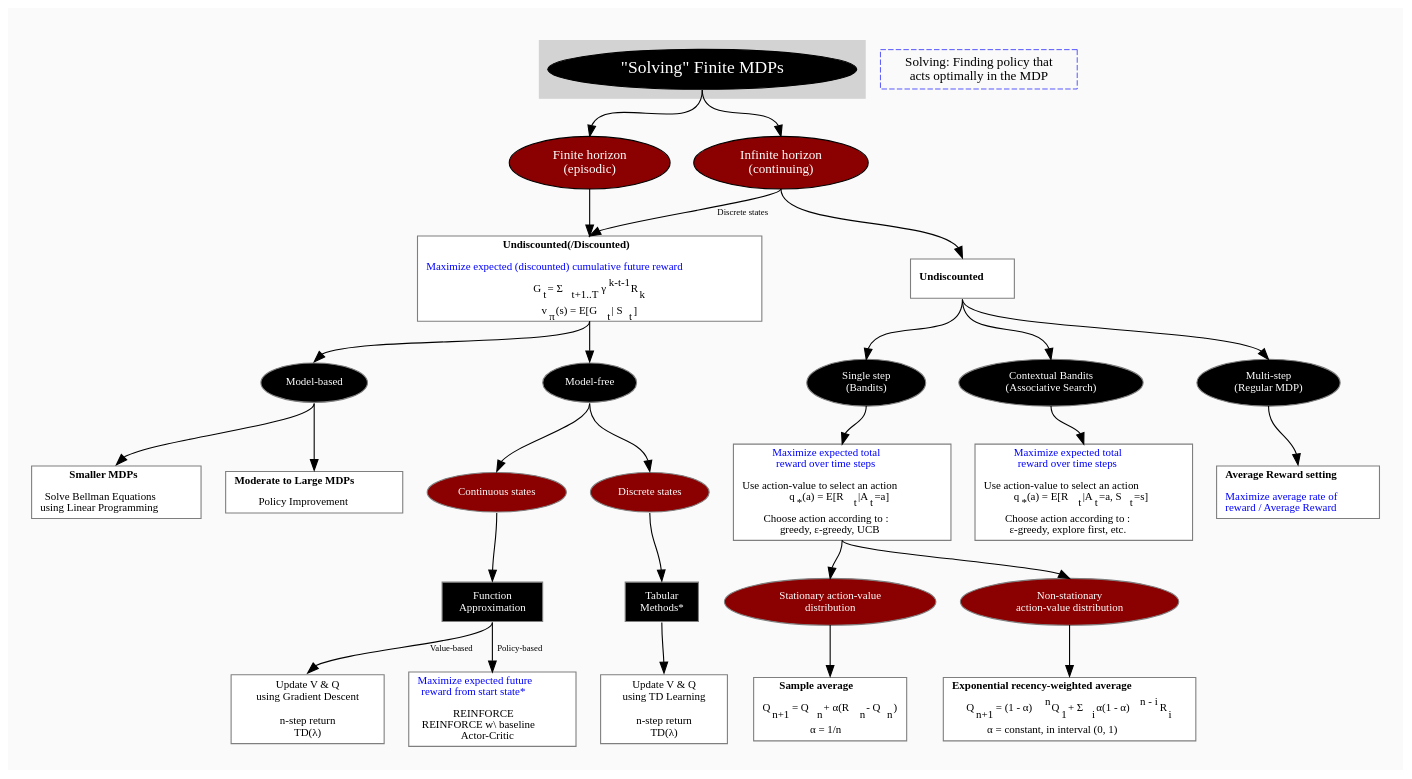
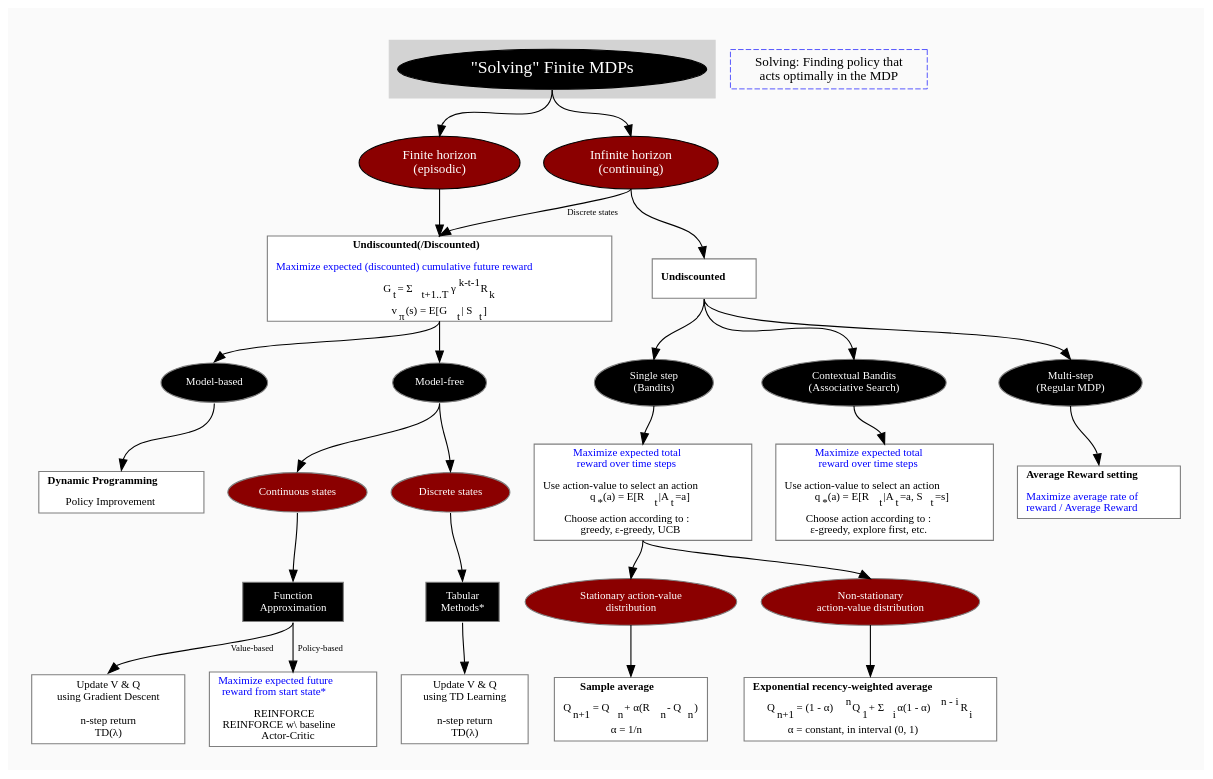
One commit to amy12xx/ml_notes_and_reports changed the diagram in solving_mdps_with_model_free_rl/solving_mdps_with_model_free_rl.dot. Above: the diagram before and after it, drawn with Graphviz. The commit also changed 1 other file, not shown here.

```diff
--- a/solving_mdps_with_model_free_rl/solving_mdps_with_model_free_rl.dot
+++ b/solving_mdps_with_model_free_rl/solving_mdps_with_model_free_rl.dot
@@ -1,193 +1,188 @@
 digraph G {
 splines=true
 bgcolor=grey98
 pad=0.3
 style=filled
 edge[minlen=2]
 edge[headport=n, tailport=s, label=""]
 node[style=filled, fontcolor=white]
 ranksep=0.1
 nodesep=0.3
 
 
 // LEVEL 1
 subgraph cluster_0 {
 style=filled
 color=lightgrey
 fontsize=12
 node[fillcolor=black, fontcolor=white, fontsize=16]
 a1[label="\"Solving\" Finite MDPs"]
 //label = "Solving \: finding policy that acts optimally\n in the MDP";
 //labelloc = "b";
 }
 
 
 // LEVEL 2
 node[fillcolor=red4, fontsize=12]
 b1[label="Finite horizon \n(episodic)"]
 node[fillcolor=red4, fontsize=12]
 b2[label="Infinite horizon \n(continuing)"]
 a1-> b1
 a1-> b2
 
 
 // LEVEL 3
 node[fontcolor=black, fontsize=10]
 node[shape=box, fillcolor=white, color=grey50]
 c1[label=<<b>Undiscounted(/Discounted)</b> <br/><br/>
 <font color="blue">Maximize expected (discounted) cumulative future reward</font>
 <br/><br/>
 G<sub>t</sub> = &Sigma;<sub>t+1..T</sub>&gamma;<sup>k-t-1</sup>R<sub>k</sub>
 <br/><br/>
 v<sub>&pi;</sub>(s) = E[G<sub>t</sub> | S<sub>t</sub>]
 >]
 node[shape=box, fillcolor=white, color=grey50]
 c3[label=<<b>Undiscounted</b>>]
 edge[headport=n, tailport=s, label="", style=filled]
 b1-> c1
 edge[label="Discrete states", fontsize=8]
 b2-> c1
 edge[label="", fontsize=8]
 b2-> c3
 
 
 node[fillcolor=black, fontsize=10, shape=ellipse, fontcolor=white]
 k1[label="Model-based"]
 node[fillcolor=black, fontsize=10, shape=ellipse, fontcolor=white]
 k2[label="Model-free"]
 c1-> k1
 c1-> k2
 
 // LEVEL 4
 node[style="filled", shape=ellipse, fillcolor=red4, fontcolor=white, fontsize=10]
 d2[label="Continuous states"]
 node[style="filled", shape=ellipse, fillcolor=red4, fontcolor=white, fontsize=10]
 d1[label="Discrete states"]
 k2-> d1
 k2-> d2
 
 node[fontcolor=black, fontsize=10]
 node[shape=box, fillcolor=white, color=grey50]
-l1[label=<<b>Smaller MDPs</b> <br/><br/>
-Solve Bellman Equations <br/>using Linear Programming
->]
-node[shape=box, fillcolor=white, color=grey50]
-l2[label=<<b>Moderate to Large MDPs</b> <br/><br/>
+l1[label=<<b>Dynamic Programming</b> <br/><br/>
 Policy Improvement
 >]
 k1-> l1
-k1-> l2
 
 // LEVEL 5
 node[fillcolor=black, fontcolor=white, fontsize=10]
 e1[label="Tabular \nMethods\*"]
 d1-> e1
 
 node[fillcolor=black, fontcolor=white, fontsize=10]
 e2[label="Function \nApproximation"]
 d2-> e2
 
 
 // LEVEL 6
 node[fillcolor=white, fontcolor=black, shape=box, fontsize=10]
 f1[label="Update V & Q \nusing TD Learning \n \nn\-step return \nTD\(&lambda;\)"]
 e1-> f1
 
 node[fillcolor=white, fontcolor=black, shape=box, fontsize=10]
 f2[label="Update V & Q \nusing Gradient Descent \n \nn\-step return \nTD\(&lambda;\)"]
 edge[label="Value-based", fontsize=8]
 e2-> f2
 
 node[fillcolor=white, fontcolor=black, shape=box, fontsize=10]
 f3[label=<
 <font color="blue">Maximize expected future <br/>
 reward from start state* </font> <br/><br/> REINFORCE <br/>REINFORCE w\ baseline <br/>Actor-Critic
 >]
 edge[label="Policy-based", fontsize=8]
 e2-> f3
 
 
 node[fillcolor=black, shape=ellipse, fontcolor=white, fontsize=10]
 g1[label="Single step \n \(Bandits\)"]
 edge[label="", minlen=2]
 c3-> g1
 
 node[fillcolor=black, shape=ellipse, fontcolor=white, fontsize=10]
 g2[label="Contextual Bandits \n(Associative Search)"]
 edge[label="", minlen=2]
 c3-> g2
 
 node[fillcolor=black, shape=ellipse, fontcolor=white, fontsize=10]
 g3[label="Multi\-step \n\(Regular MDP\)"]
 edge[label="", minlen=2]
 c3-> g3
 
 
 node[fillcolor=white, fontcolor=black, shape=box, fontsize=10]
 h1[label=<<font color="blue">Maximize expected total <BR/>
 reward over time steps </font><BR/><BR/>
 Use action-value to select an action <BR/>
 q<sub>*</sub>(a) = E[R<sub>t</sub>|A<sub>t</sub>=a]
 <br/><br/>
 Choose action according to :<br/>
 greedy, &epsilon;-greedy, UCB
 >]
 edge[headport=n, tailport=s, label="", fontsize=8]
 g1-> h1
 
 node[fillcolor=white, fontcolor=black, shape=box, fontsize=10]
 h2[label=<<font color="blue">Maximize expected total <BR/>
 reward over time steps </font><BR/><BR/>
 Use action-value to select an action <BR/>
 q<sub>*</sub>(a) = E[R<sub>t</sub>|A<sub>t</sub>=a, S<sub>t</sub>=s]
 <br/><br/>
 Choose action according to :<br/>
 &epsilon;-greedy, explore first, etc.
 >]
 edge[headport=n, tailport=s, label="", fontsize=8]
 g2-> h2
 
 node[style="filled", shape=ellipse, fillcolor=red4, fontcolor=white, fontsize=10]
 i1[label="Stationary action-value \ndistribution"]
 node[style="filled", shape=ellipse, fillcolor=red4, fontcolor=white, fontsize=10]
 i2[label="Non-stationary \naction-value distribution"]
 h1-> i1
 h1-> i2
 
 node[fillcolor=white, fontcolor=black, shape=box, fontsize=10]
 j1[label=<
 <B>Sample average</B> <BR/><BR/>
 Q<sub>n+1</sub> = Q<sub>n</sub> + &alpha;(R<sub>n</sub> - Q<sub>n</sub>)
 <BR/><BR/>
 &alpha; = 1/n
 >]
 edge[label="", fontsize=8]
 i1-> j1
 
 node[fillcolor=white, fontcolor=black, shape=box, fontsize=10]
 j2[label=<
 <B>Exponential recency-weighted average</B><BR/><BR/>
 Q<sub>n+1</sub> = (1 - &alpha;)<sup>n</sup>Q<sub>1</sub> + &Sigma;<sub>i</sub> &alpha;(1 - &alpha;)<sup>n - i</sup>R<sub>i</sub>
 <BR/><BR/>
 &alpha; = constant, in interval (0, 1)
 >]
 edge[label="", fontsize=8]
 i2-> j2
 
 node[fillcolor=white, fontcolor=black, shape=box, fontsize=10]
 h3[label=<
 <b>Average Reward setting</b>
 <br/><br/>
 <font color="blue">Maximize average rate of <br/> reward / Average Reward</font>
 >]
 edge[label="", fontsize=8]
 g3-> h3
 
 // REMARQUES EN BLEU
 node[color=blue, shape=box, margin=0.07, fontcolor=black, fontsize=12, style="dashed", penwidth=0.6]
 //edge[color=blue, arrowhead="none", xlabel="", style="dashed", penwidth=0.6]
  r1[label="Solving: Finding policy that \n acts optimally in the MDP"]
 // {rank=same;->r1}
 // {rank=same;r1->[dir=back]}
 
 }
```
